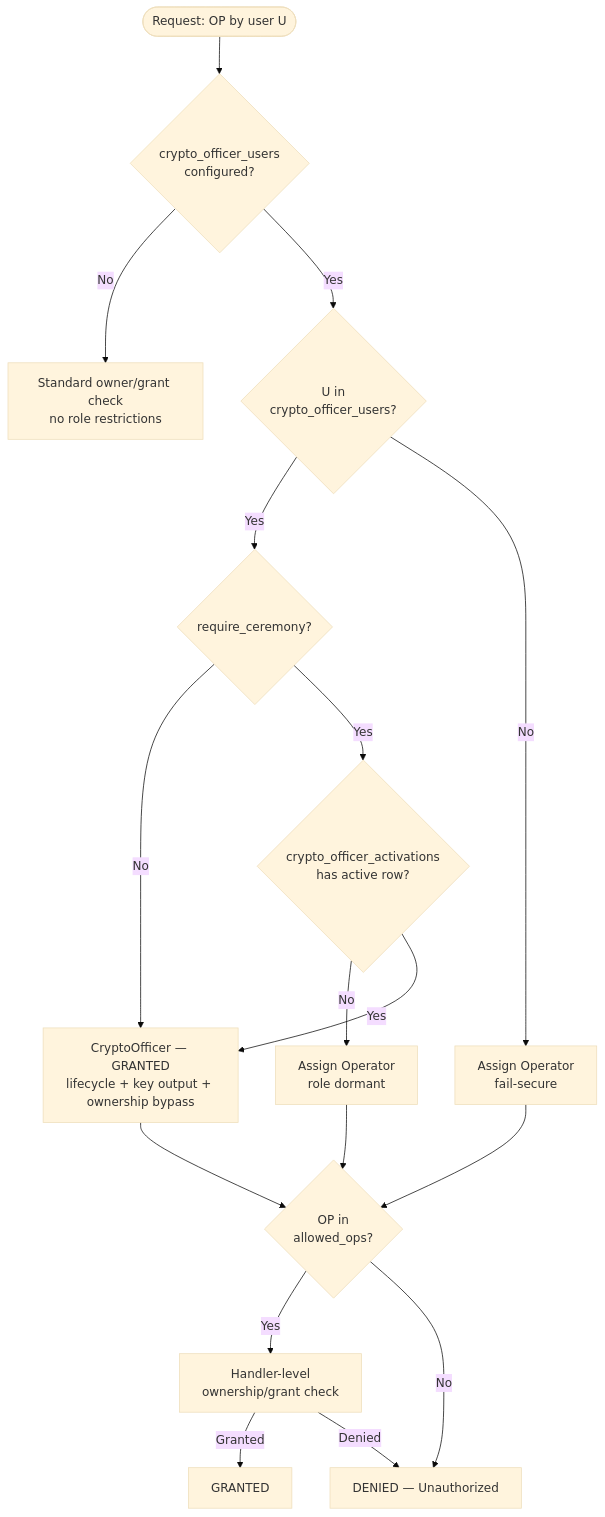
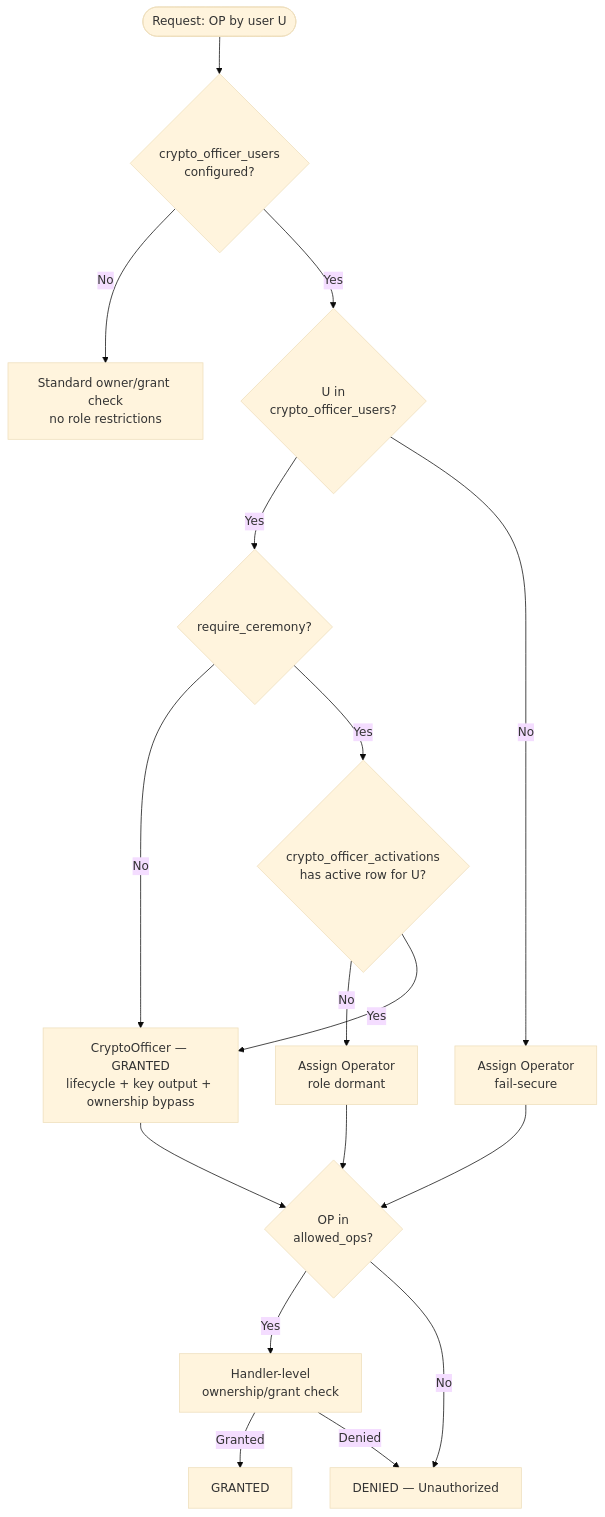
The sixth of 6 diagrams in documentation/docs/configuration/authorization/key_ceremony.md (Cosmian/kms), drawn with Mermaid (base theme) before and after one commit. The commit also changed other lines of this file and 48 other files, not shown here.

````diff
--- a/documentation/docs/configuration/authorization/key_ceremony.md
+++ b/documentation/docs/configuration/authorization/key_ceremony.md
@@ -313,19 +318,19 @@
 ```mermaid
 flowchart TD
     A([Request: OP by user U]) --> B{crypto_officer_users<br/>configured?}
     B -- No --> C[Standard owner/grant check<br/>no role restrictions]
     B -- Yes --> CO{U in<br/>crypto_officer_users?}
     CO -- Yes --> COC{require_ceremony?}
     COC -- No --> COA[CryptoOfficer — GRANTED<br/>lifecycle + key output + ownership bypass]
-    COC -- Yes --> COD{crypto_officer_activations<br/>has active row?}
+    COC -- Yes --> COD{crypto_officer_activations<br/>has active row for U?}
     COD -- No --> K[Assign Operator<br/>role dormant]
     COD -- Yes --> COA
     CO -- No --> G[Assign Operator<br/>fail-secure]
     COA --> M{OP in<br/>allowed_ops?}
     G --> M
     K --> M
     M -- Yes --> N[Handler-level<br/>ownership/grant check]
     M -- No --> O[DENIED — Unauthorized]
     N -- Granted --> P[GRANTED]
     N -- Denied --> O
 ```
````
